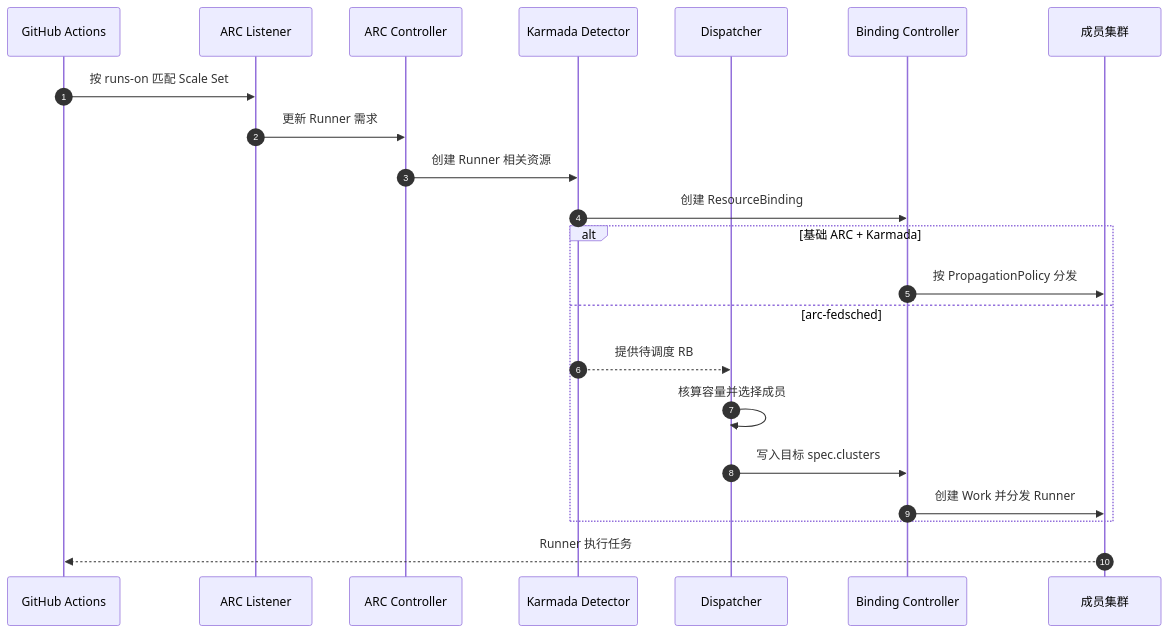
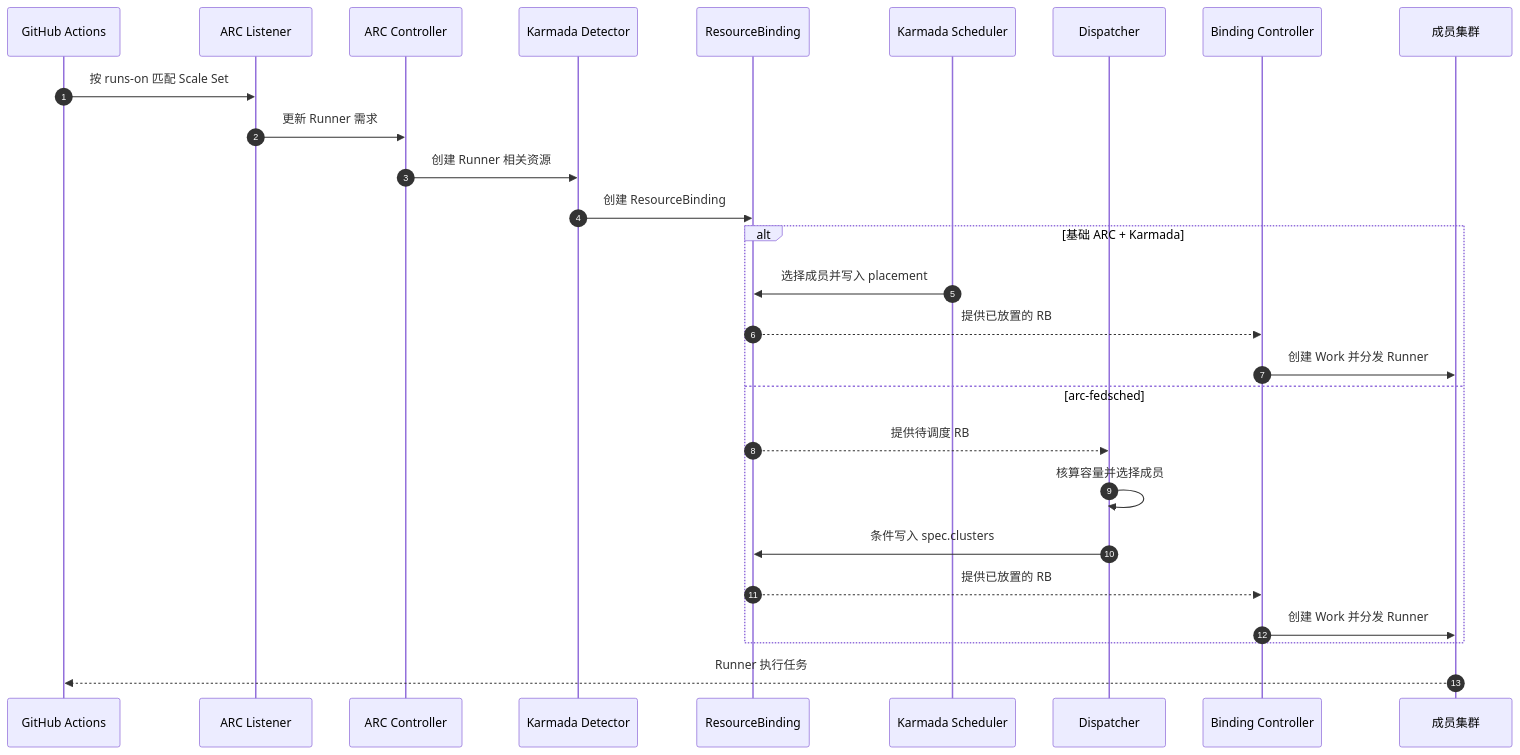
One commit to pkking/arc-karmada-test changed the fourth of 13 diagrams in docs/KARMADA-ARC-SUBSYSTEM-DESIGN.md. Above: the diagram before and after it, drawn with Mermaid. The commit also changed other lines of this file, not shown here.

Commit message:
docs: tighten technical wording and clarify scheduler paths

````diff
--- a/docs/KARMADA-ARC-SUBSYSTEM-DESIGN.md
+++ b/docs/KARMADA-ARC-SUBSYSTEM-DESIGN.md
@@ -491,24 +493,29 @@
 ```mermaid
 sequenceDiagram
     autonumber
     participant WF as GitHub Actions
     participant L as ARC Listener
     participant ARC as ARC Controller
     participant KD as Karmada Detector
+    participant RB as ResourceBinding
+    participant KS as Karmada Scheduler
     participant DISP as Dispatcher
     participant BC as Binding Controller
     participant MC as 成员集群
     WF->>L: 按 runs-on 匹配 Scale Set
     L->>ARC: 更新 Runner 需求
     ARC->>KD: 创建 Runner 相关资源
-    KD->>BC: 创建 ResourceBinding
+    KD->>RB: 创建 ResourceBinding
     alt 基础 ARC + Karmada
-        BC->>MC: 按 PropagationPolicy 分发
+        KS->>RB: 选择成员并写入 placement
+        RB-->>BC: 提供已放置的 RB
+        BC->>MC: 创建 Work 并分发 Runner
     else arc-fedsched
-        KD-->>DISP: 提供待调度 RB
+        RB-->>DISP: 提供待调度 RB
         DISP->>DISP: 核算容量并选择成员
-        DISP->>BC: 写入目标 spec.clusters
+        DISP->>RB: 条件写入 spec.clusters
+        RB-->>BC: 提供已放置的 RB
         BC->>MC: 创建 Work 并分发 Runner
     end
     MC-->>WF: Runner 执行任务
 ```
````
